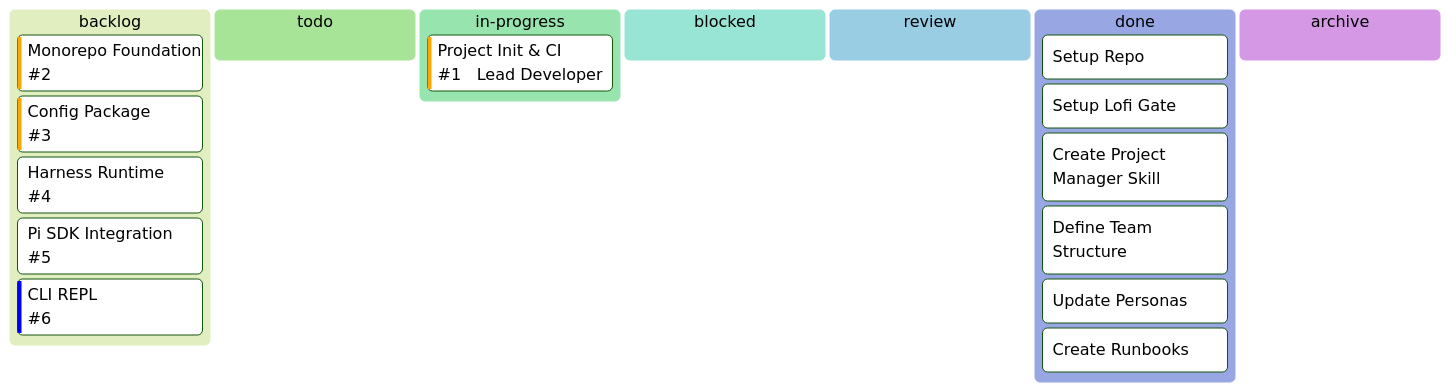
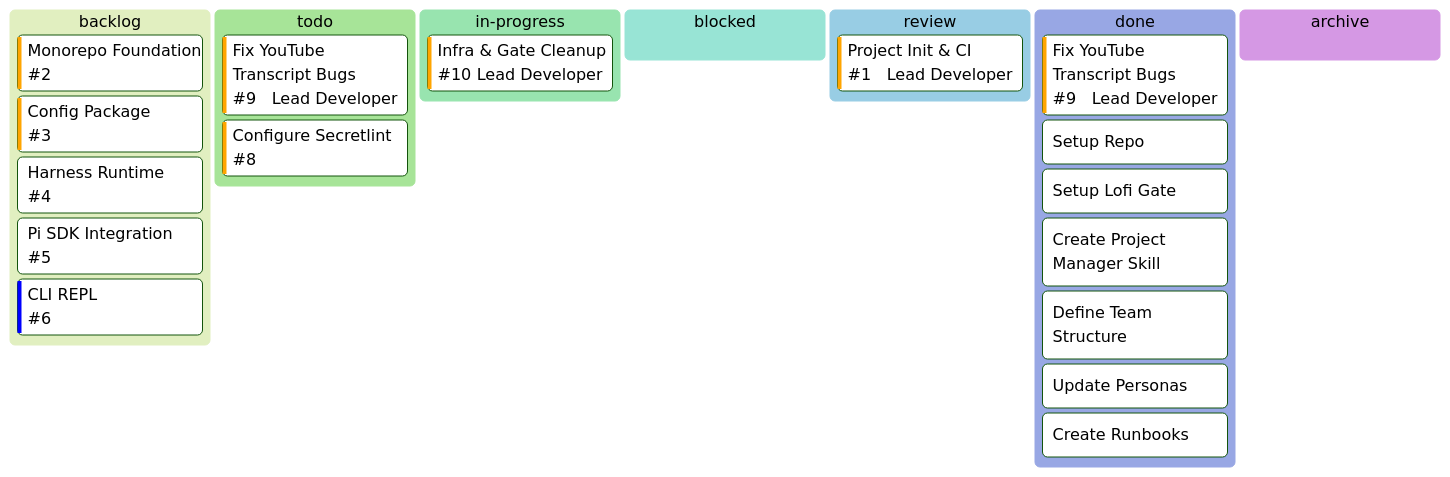
One commit to LoFi-Monk/lofipulse changed the diagram in .agent/kanban-lofipulse.md. Above: the diagram before and after it, drawn with Mermaid (forest theme). The commit also changed 24 other files, not shown here.

````diff
--- a/.agent/kanban-lofipulse.md
+++ b/.agent/kanban-lofipulse.md
@@ -9,22 +9,26 @@
 ```mermaid
 kanban
   backlog
     [Monorepo Foundation]@{ ticket: '#2', priority: 'High' }
     [Config Package]@{ ticket: '#3', priority: 'High' }
     [Harness Runtime]@{ ticket: '#4', priority: 'Med' }
     [Pi SDK Integration]@{ ticket: '#5', priority: 'Med' }
     [CLI REPL]@{ ticket: '#6', priority: 'Low' }
   todo
+    [Fix YouTube Transcript Bugs]@{ ticket: '#9', assigned: 'Lead Developer', priority: 'High' }
+    [Configure Secretlint]@{ ticket: '#8', priority: 'High' }
   in-progress
-    [Project Init & CI]@{ ticket: '#1', assigned: 'Lead Developer', priority: 'High' }
+    [Infra & Gate Cleanup]@{ ticket: '#10', assigned: 'Lead Developer', priority: 'High' }
   blocked
   review
+    [Project Init & CI]@{ ticket: '#1', assigned: 'Lead Developer', priority: 'High' }
   done
+    [Fix YouTube Transcript Bugs]@{ ticket: '#9', assigned: 'Lead Developer', priority: 'High' }
     [Setup Repo]
     [Setup Lofi Gate]
     [Create Project Manager Skill]
     [Define Team Structure]
     [Update Personas]
     [Create Runbooks]
   archive
 ```
````
